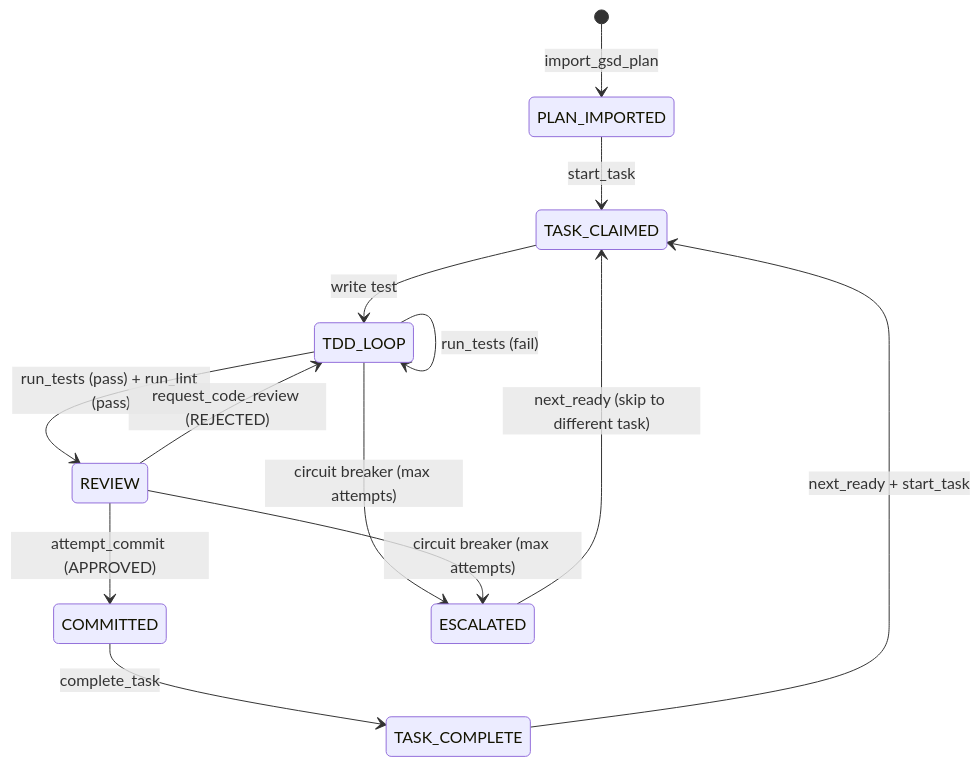
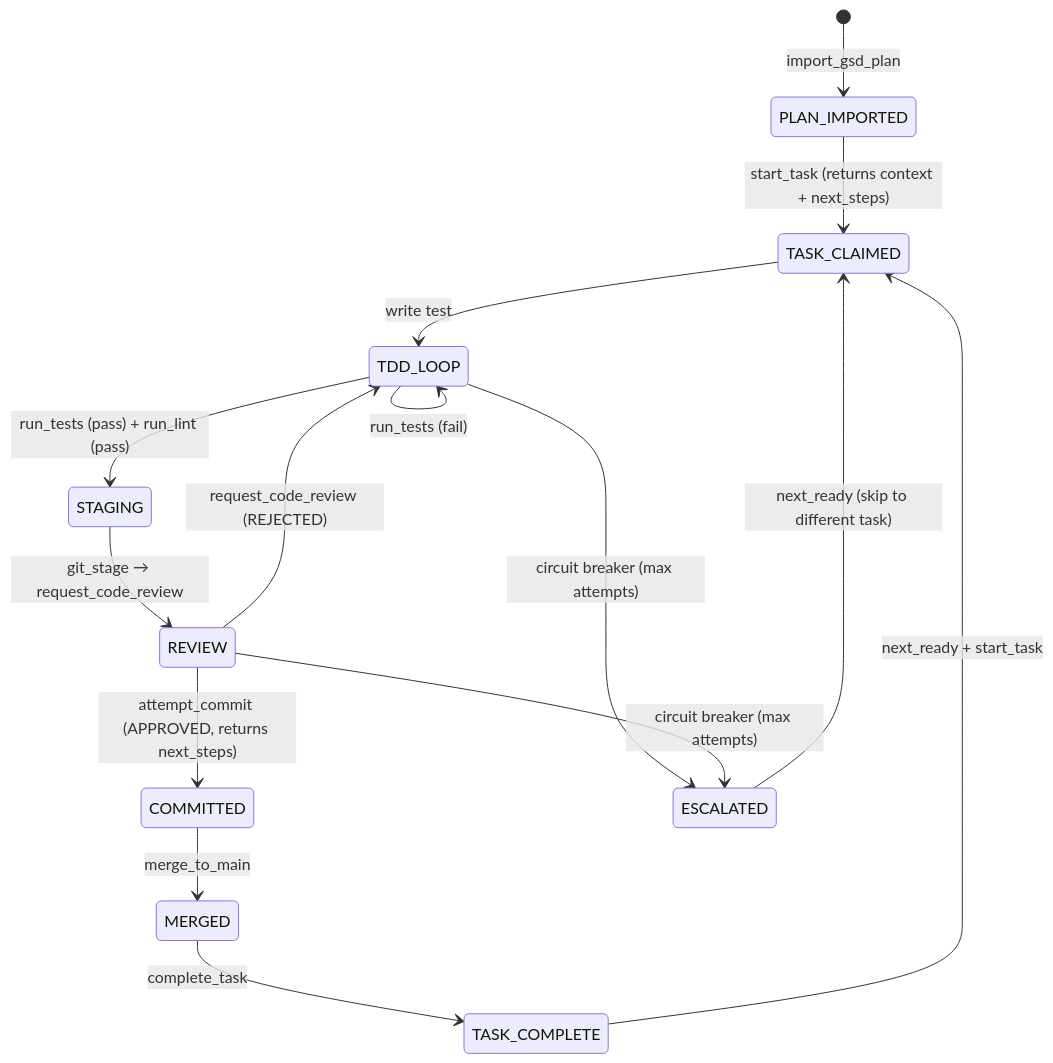
One commit to lukemcguire/vibraphone-template changed the diagram in AGENTS.md. Above: the diagram before and after it, drawn with Mermaid. The commit also changed other lines of this file, not shown here.

First line of the commit message:
docs: document git_stage, merge_to_main, and next_steps workflow

````diff
--- a/AGENTS.md
+++ b/AGENTS.md
@@ -67,15 +71,17 @@
 ```mermaid
 stateDiagram-v2
     [*] --> PLAN_IMPORTED: import_gsd_plan
-    PLAN_IMPORTED --> TASK_CLAIMED: start_task
+    PLAN_IMPORTED --> TASK_CLAIMED: start_task (returns context + next_steps)
     TASK_CLAIMED --> TDD_LOOP: write test
     TDD_LOOP --> TDD_LOOP: run_tests (fail)
-    TDD_LOOP --> REVIEW: run_tests (pass) + run_lint (pass)
+    TDD_LOOP --> STAGING: run_tests (pass) + run_lint (pass)
+    STAGING --> REVIEW: git_stage → request_code_review
     REVIEW --> TDD_LOOP: request_code_review (REJECTED)
-    REVIEW --> COMMITTED: attempt_commit (APPROVED)
-    COMMITTED --> TASK_COMPLETE: complete_task
+    REVIEW --> COMMITTED: attempt_commit (APPROVED, returns next_steps)
+    COMMITTED --> MERGED: merge_to_main
+    MERGED --> TASK_COMPLETE: complete_task
     TASK_COMPLETE --> TASK_CLAIMED: next_ready + start_task
     TDD_LOOP --> ESCALATED: circuit breaker (max attempts)
     REVIEW --> ESCALATED: circuit breaker (max attempts)
     ESCALATED --> TASK_CLAIMED: next_ready (skip to different task)
 ```
````
